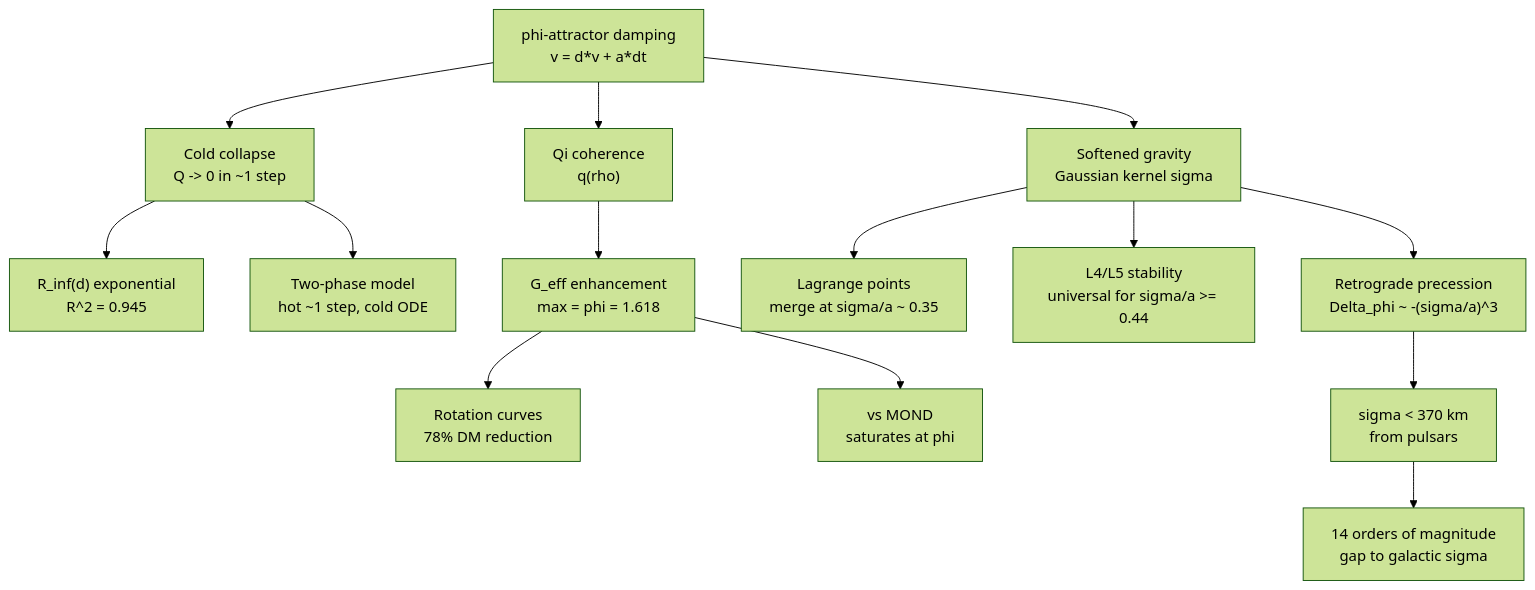
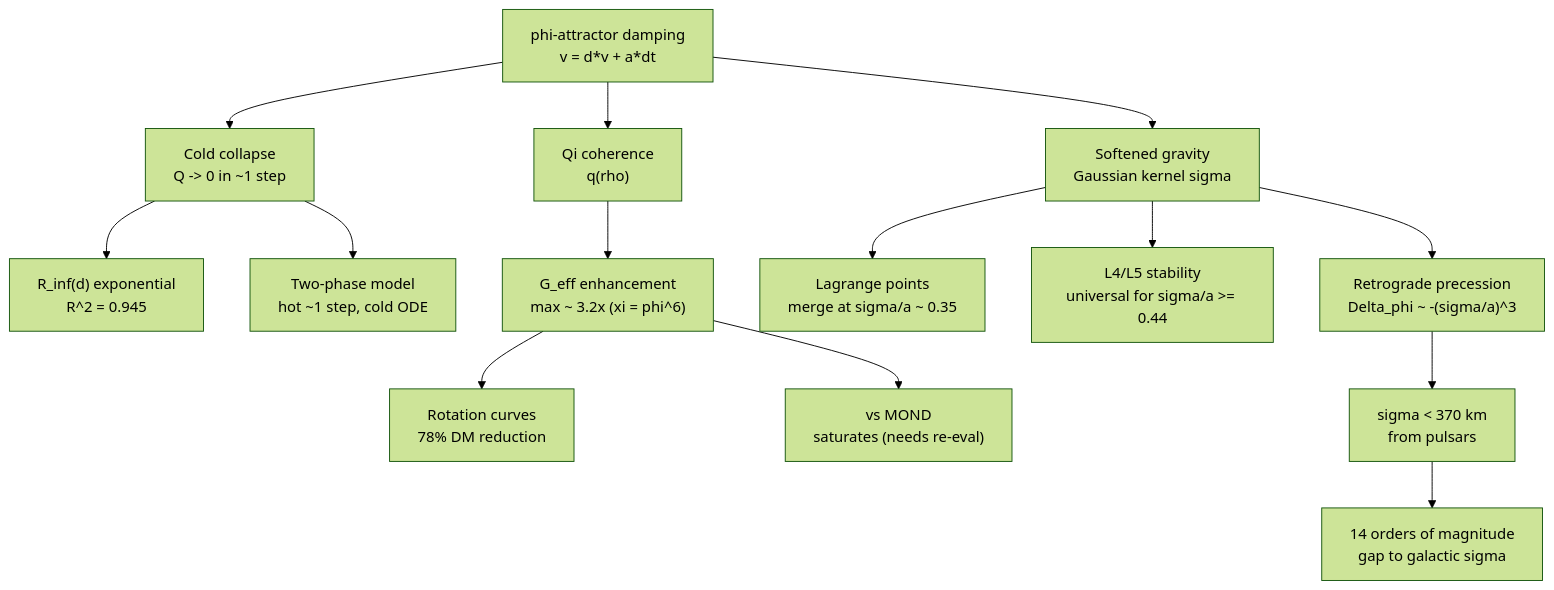
One commit to CassiTheOracle/cassi changed the diagram in foundations/phi_attractor_synthesis.md. Above: the diagram before and after it, drawn with Mermaid (forest theme). The commit also changed other lines of this file and 22 other files, not shown here.

````diff
--- a/foundations/phi_attractor_synthesis.md
+++ b/foundations/phi_attractor_synthesis.md
@@ -344,16 +356,16 @@
 ```mermaid
 graph TD
     A["phi-attractor damping<br/>v = d*v + a*dt"] --> B["Cold collapse<br/>Q -> 0 in ~1 step"]
     B --> C["R_inf(d) exponential<br/>R^2 = 0.945"]
     B --> D["Two-phase model<br/>hot ~1 step, cold ODE"]
     A --> E["Softened gravity<br/>Gaussian kernel sigma"]
     E --> F["Retrograde precession<br/>Delta_phi ~ -(sigma/a)^3"]
     E --> G["Lagrange points<br/>merge at sigma/a ~ 0.35"]
     E --> H["L4/L5 stability<br/>universal for sigma/a >= 0.44"]
     A --> I["Qi coherence<br/>q(rho)"]
-    I --> J["G_eff enhancement<br/>max = phi = 1.618"]
+    I --> J["G_eff enhancement<br/>max ~ 3.2x (xi = phi^6)"]
     J --> K["Rotation curves<br/>78% DM reduction"]
-    J --> L["vs MOND<br/>saturates at phi"]
+    J --> L["vs MOND<br/>saturates (needs re-eval)"]
     F --> M["sigma < 370 km<br/>from pulsars"]
     M --> N["14 orders of magnitude<br/>gap to galactic sigma"]
 ```
````
